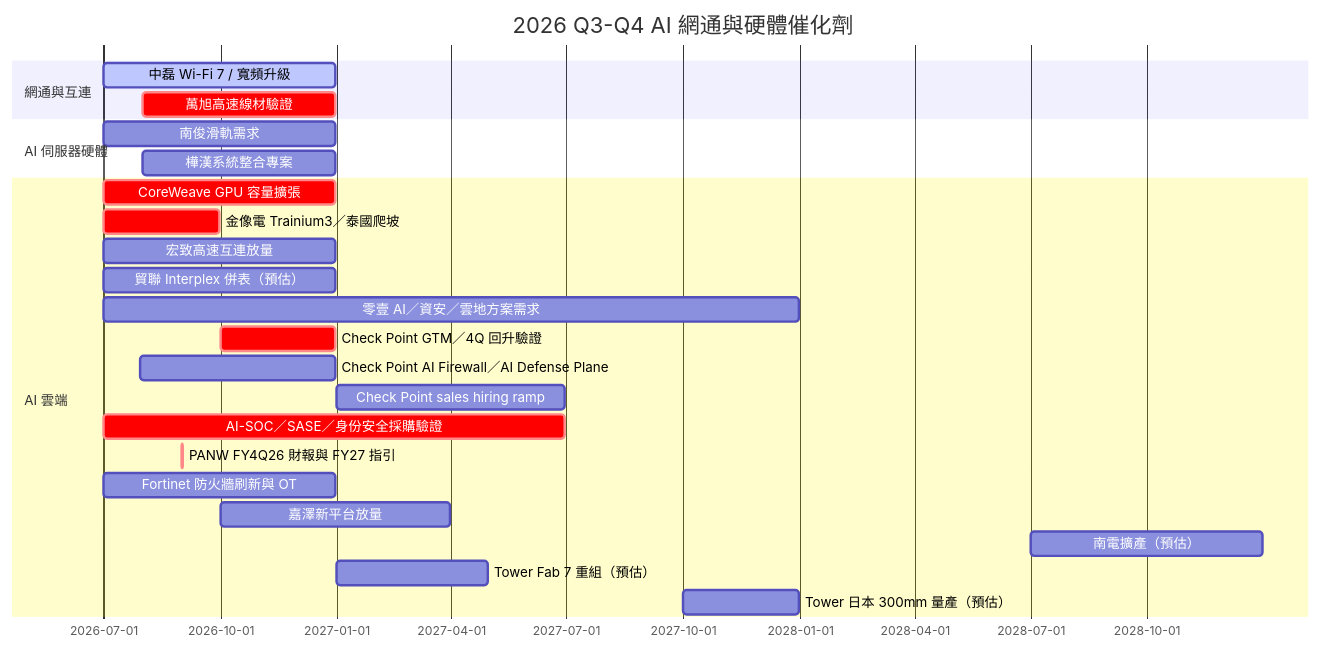
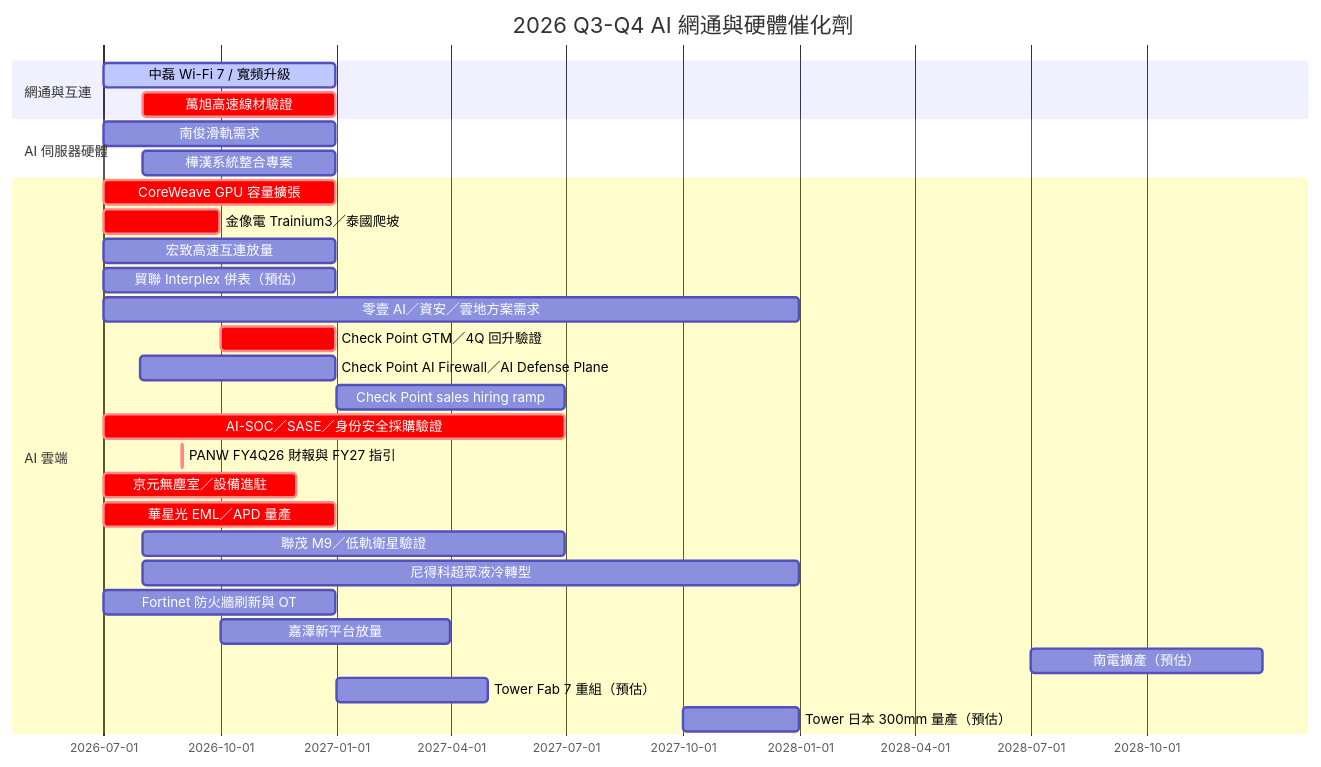
The diagram in content/lib/5.schedule/時程_2026Q3Q4_AI網通與硬體催化劑.md (kevn950324/wiki_Stockv2), drawn with Mermaid before and after one commit. The commit also changed other lines of this file and 53 other files, not shown here.

````diff
--- a/content/lib/5.schedule/時程_2026Q3Q4_AI網通與硬體催化劑.md
+++ b/content/lib/5.schedule/時程_2026Q3Q4_AI網通與硬體催化劑.md
@@ -48,27 +53,31 @@
 ```mermaid
 gantt
     title 2026 Q3-Q4 AI 網通與硬體催化劑
     dateFormat YYYY-MM-DD
     section 網通與互連
     中磊 Wi-Fi 7 / 寬頻升級 :active, 2026-07-01, 2026-12-31
     萬旭高速線材驗證 :crit, 2026-08-01, 2026-12-31
     section AI 伺服器硬體
     南俊滑軌需求 :2026-07-01, 2026-12-31
     樺漢系統整合專案 :2026-08-01, 2026-12-31
     section AI 雲端
     CoreWeave GPU 容量擴張 :crit, 2026-07-01, 2026-12-31
     金像電 Trainium3／泰國爬坡 :crit, 2026-07-01, 2026-09-30
     宏致高速互連放量 :2026-07-01, 2026-12-31
     貿聯 Interplex 併表（預估） :2026-07-01, 2026-12-31
     零壹 AI／資安／雲地方案需求 :2026-07-01, 2027-12-31
     Check Point GTM／4Q 回升驗證 :crit, 2026-10-01, 2026-12-31
     Check Point AI Firewall／AI Defense Plane :2026-07-30, 2026-12-31
     Check Point sales hiring ramp :2027-01-01, 2027-06-30
     AI-SOC／SASE／身份安全採購驗證 :crit, 2026-07-01, 2027-06-30
     PANW FY4Q26 財報與 FY27 指引 :crit, 2026-09-01, 2026-09-02
+    京元無塵室／設備進駐 :crit, 2026-07-01, 2026-11-30
+    華星光 EML／APD 量產 :crit, 2026-07-01, 2026-12-31
+    聯茂 M9／低軌衛星驗證 :2026-08-01, 2027-06-30
+    尼得科超眾液冷轉型 :2026-08-01, 2027-12-31
     Fortinet 防火牆刷新與 OT :2026-07-01, 2026-12-31
     嘉澤新平台放量 :2026-10-01, 2027-03-31
     南電擴產（預估） :2028-07-01, 2028-12-31
     Tower Fab 7 重組（預估） :2027-01-01, 2027-04-30
     Tower 日本 300mm 量產（預估） :2027-10-01, 2027-12-31
 ```
````
